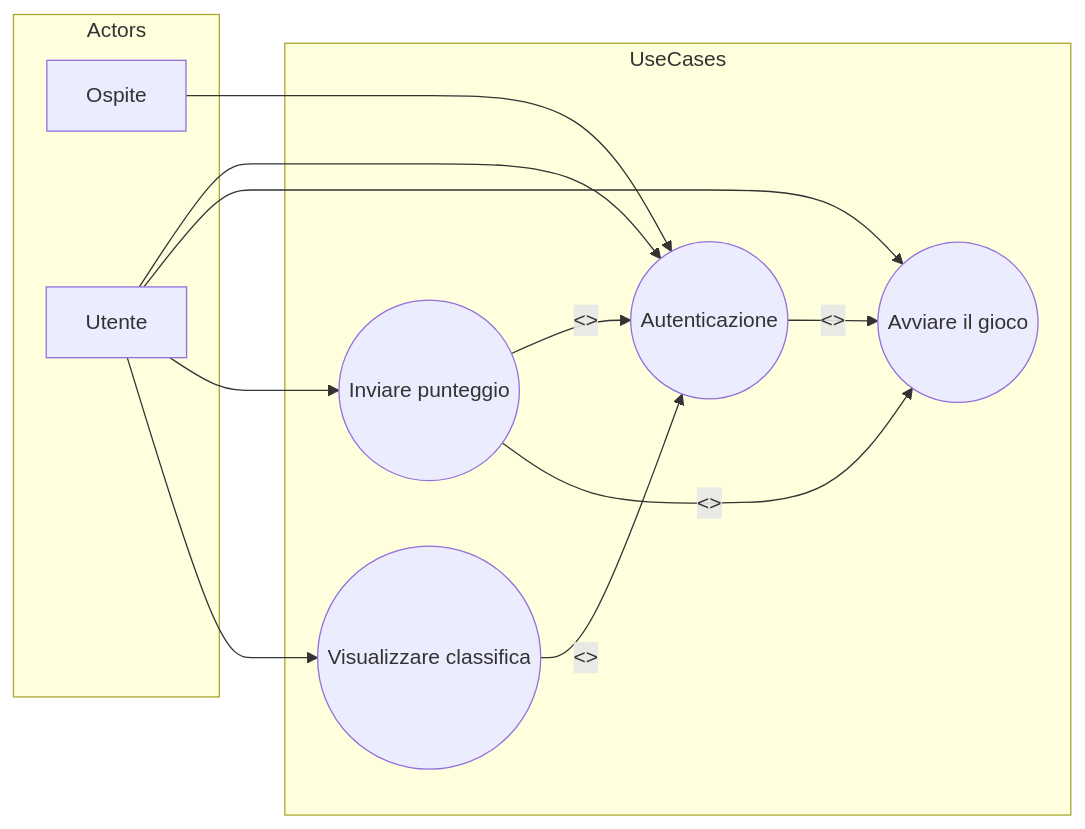
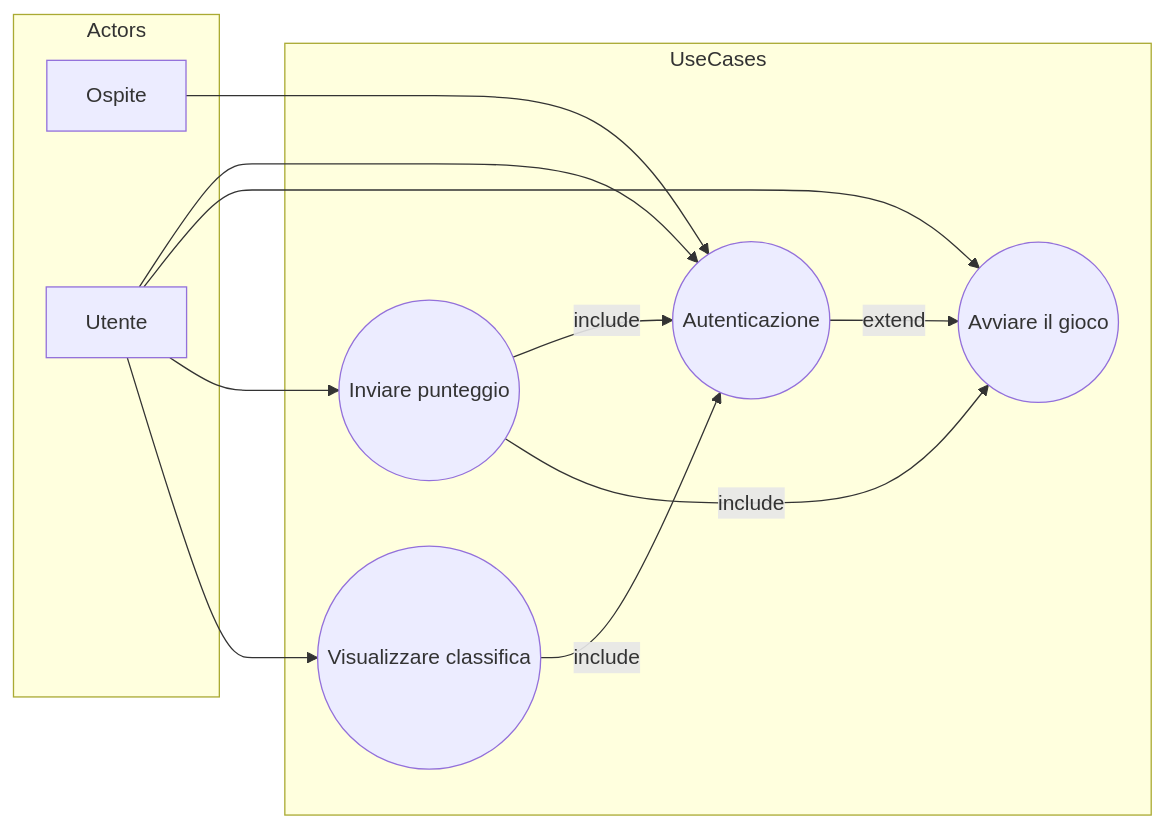
One commit to AlessandroSanchi/Progetto-Finale changed the diagram in casiduso.md. Above: the diagram before and after it, drawn with Mermaid.

Commit message:
sistemato md casi d uso

````diff
--- a/casiduso.md
+++ b/casiduso.md
@@ -1,28 +1,28 @@
 ```mermaid
 flowchart LR
     subgraph Actors
         Ospite[Ospite]
         Utente[Utente]
     end
 
     subgraph UseCases
         A((Autenticazione))
         B((Avviare il gioco))
 
         C((Inviare punteggio))
         D((Visualizzare classifica))
     end
 
     Ospite --> A
 
     Utente --> A
     Utente --> B
     Utente --> C
     Utente --> D
 
 
-    D -->|<<include>>| A
-    C -->|<<include>>| A
-    C -->|<<include>>| B
-    A -->|<<extend>>| B
+    D -->|include| A
+    C -->|include| A
+    C -->|include| B
+    A -->|extend| B
 ```
````
